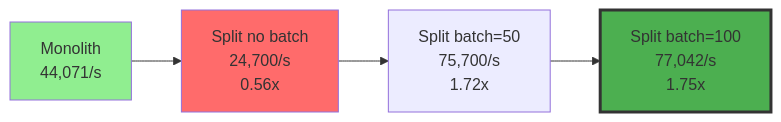
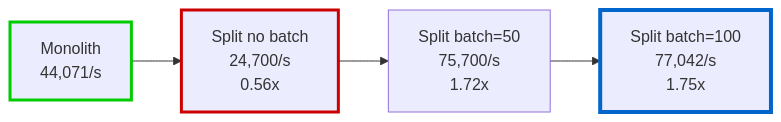
The first of 2 diagrams in docs-site/docs/guide/results.md (Michael--/modular-runtime), drawn with Mermaid before and after one commit. The commit also changed other lines of this file and 3 other files, not shown here.

Commit message:
fix(docs): use stroke-only colors for theme compatibility and correct architecture diagram

````diff
--- a/docs-site/docs/guide/results.md
+++ b/docs-site/docs/guide/results.md
@@ -34,10 +34,10 @@
 ```mermaid
 graph LR
     A[Monolith<br/>44,071/s] --> B[Split no batch<br/>24,700/s<br/>0.56x]
     B --> C[Split batch=50<br/>75,700/s<br/>1.72x]
     C --> D[Split batch=100<br/>77,042/s<br/>1.75x]
 
-    style A fill:#90EE90
-    style B fill:#ff6b6b
-    style D fill:#4CAF50,stroke:#333,stroke-width:3px
+    style A stroke:#00cc00,stroke-width:3px
+    style B stroke:#cc0000,stroke-width:3px
+    style D stroke:#0066cc,stroke-width:4px
 ```
````
